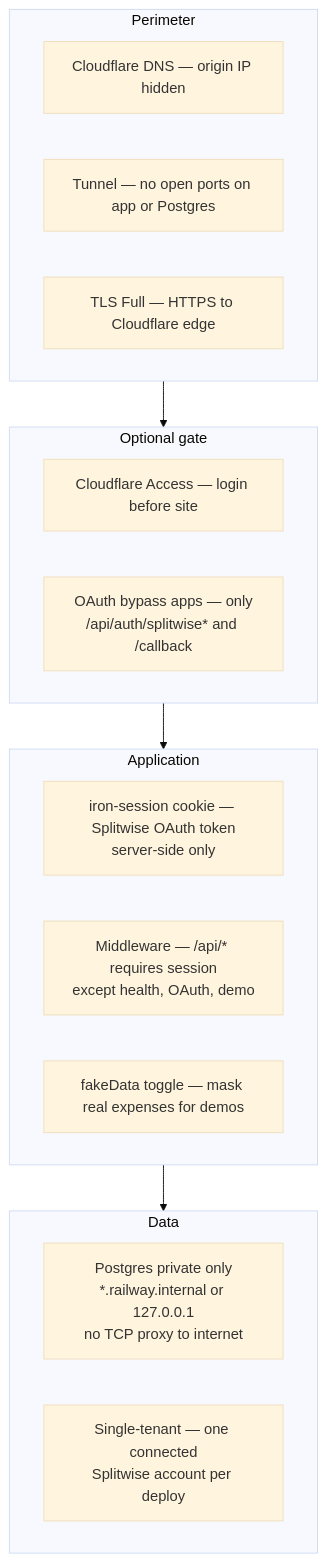
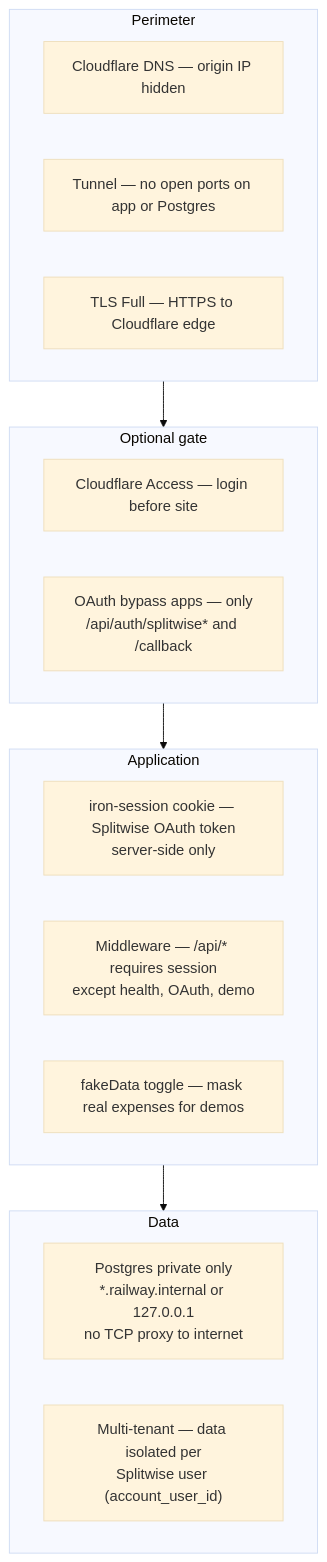
One commit to ankitchouhan1020/open-splitwise changed the fourth of 4 diagrams in docs/cloudflare-tunnel.md. Above: the diagram before and after it, drawn with Mermaid (base theme). The commit also changed other lines of this file and 20 other files, not shown here.

First line of the commit message:
feat: multi-tenant sessions and decouple disconnect from data deletion

````diff
--- a/docs/cloudflare-tunnel.md
+++ b/docs/cloudflare-tunnel.md
@@ -123,28 +123,28 @@
 ```mermaid
 flowchart TB
   subgraph edge["Perimeter"]
     L1["Cloudflare DNS — origin IP hidden"]
     L2["Tunnel — no open ports on app or Postgres"]
     L3["TLS Full — HTTPS to Cloudflare edge"]
   end
 
   subgraph access["Optional gate"]
     L4["Cloudflare Access — login before site"]
     L4b["OAuth bypass apps — only\n/api/auth/splitwise* and /callback"]
   end
 
   subgraph app["Application"]
     L5["iron-session cookie — Splitwise OAuth token\nserver-side only"]
     L6["Middleware — /api/* requires session\nexcept health, OAuth, demo"]
     L7["fakeData toggle — mask real expenses for demos"]
   end
 
   subgraph data["Data"]
     L8["Postgres private only\n*.railway.internal or 127.0.0.1\nno TCP proxy to internet"]
-    L9["Single-tenant — one connected\nSplitwise account per deploy"]
+    L9["Multi-tenant — data isolated per\nSplitwise user (account_user_id)"]
   end
 
   edge --> access
   access --> app
   app --> data
 ```
````
